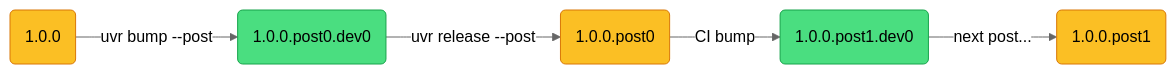
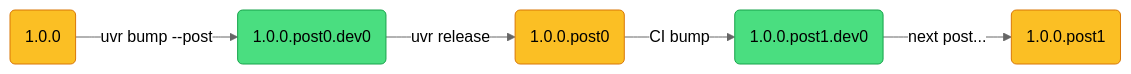
Before and after one commit to tylerpayne/uv-release-monorepo: the third of 10 diagrams in docs/under-the-hood/package-states.md, drawn with Mermaid (neutral theme). The commit also changed other lines of this file and 57 other files, not shown here.

````diff
--- a/docs/under-the-hood/package-states.md
+++ b/docs/under-the-hood/package-states.md
@@ -161,15 +185,15 @@
 ```mermaid
 flowchart LR
     classDef rest fill:#4ade80,stroke:#16a34a,color:#000
     classDef transient fill:#fbbf24,stroke:#d97706,color:#000
 
     final("1.0.0"):::transient
     pdev("1.0.0.post0.dev0"):::rest
     p0("1.0.0.post0"):::transient
     p1dev("1.0.0.post1.dev0"):::rest
 
     final -->|"uvr bump --post"| pdev
-    pdev -->|"uvr release --post"| p0
+    pdev -->|"uvr release"| p0
     p0 -->|"CI bump"| p1dev
     p1dev -->|"next post..."| p1("1.0.0.post1"):::transient
 ```
````
